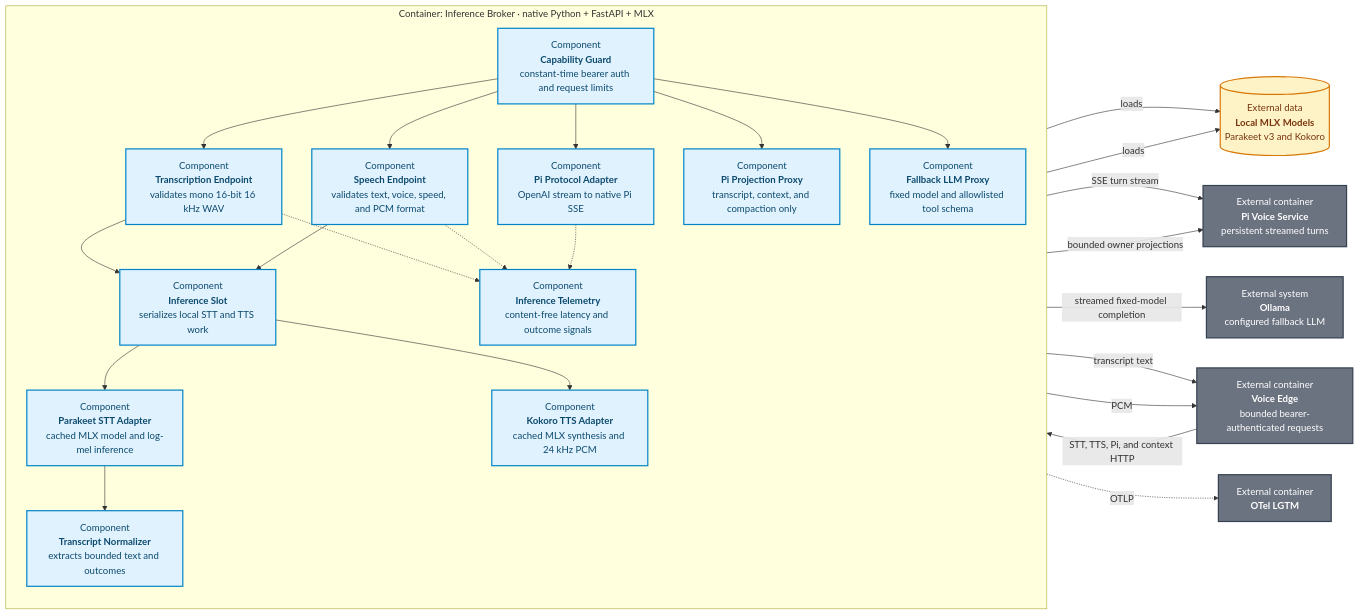
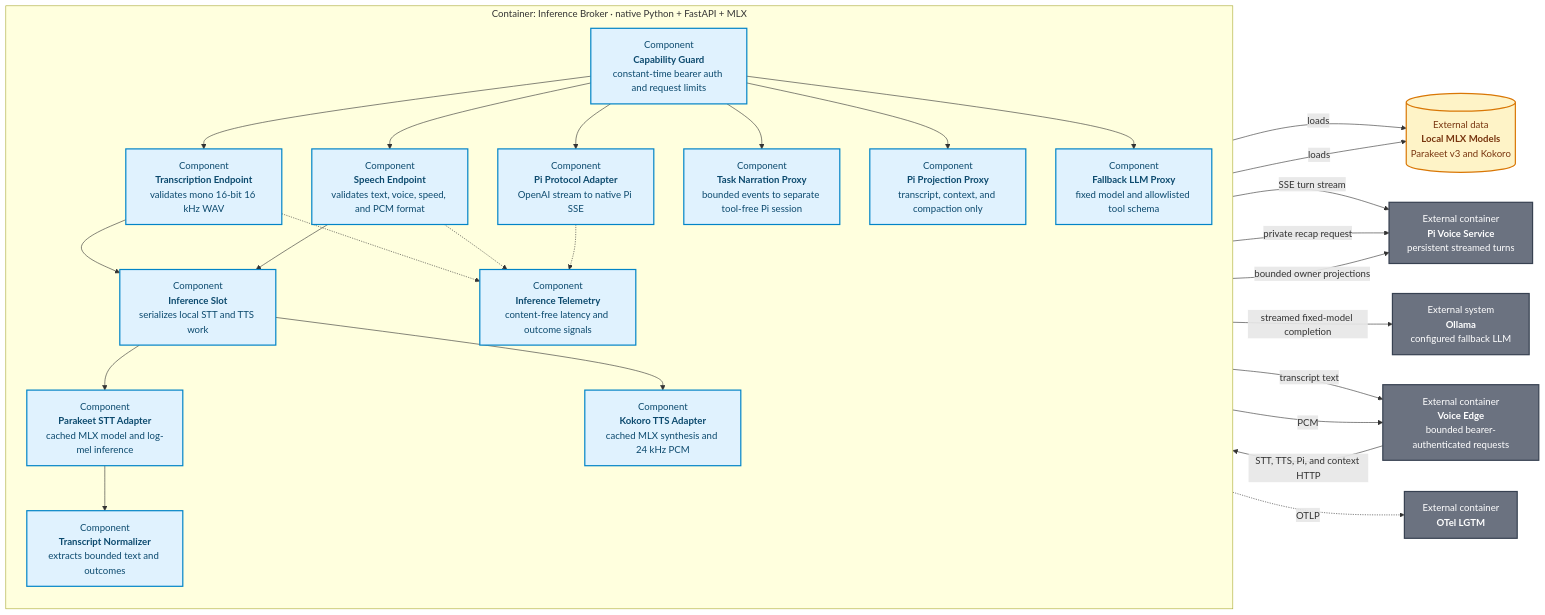
Before and after one commit to ragavsathish/agent-workload-platform: the diagram in products/voice-agent/docs/architecture/c3-inference-broker.mmd, drawn with Mermaid. The commit also changed 15 other files, not shown here.

First line of the commit message:
Narrate task progress through a separate Pi session

```diff
--- a/products/voice-agent/docs/architecture/c3-inference-broker.mmd
+++ b/products/voice-agent/docs/architecture/c3-inference-broker.mmd
@@ -1,47 +1,50 @@
 flowchart LR
     EDGE[External container<br/><b>Voice Edge</b><br/>bounded bearer-authenticated requests]
     PI[External container<br/><b>Pi Voice Service</b><br/>persistent streamed turns]
     OLLAMA[External system<br/><b>Ollama</b><br/>configured fallback LLM]
     MODELS[(External data<br/><b>Local MLX Models</b><br/>Parakeet v3 and Kokoro)]
     OTEL[External container<br/><b>OTel LGTM</b>]
 
     subgraph BROKER["Container: Inference Broker · native Python + FastAPI + MLX"]
         direction TB
         GUARD["Component<br/><b>Capability Guard</b><br/>constant-time bearer auth and request limits"]
         SLOT["Component<br/><b>Inference Slot</b><br/>serializes local STT and TTS work"]
         STT_API["Component<br/><b>Transcription Endpoint</b><br/>validates mono 16-bit 16 kHz WAV"]
         STT["Component<br/><b>Parakeet STT Adapter</b><br/>cached MLX model and log-mel inference"]
         NORMALIZE["Component<br/><b>Transcript Normalizer</b><br/>extracts bounded text and outcomes"]
         TTS_API["Component<br/><b>Speech Endpoint</b><br/>validates text, voice, speed, and PCM format"]
         TTS["Component<br/><b>Kokoro TTS Adapter</b><br/>cached MLX synthesis and 24 kHz PCM"]
         PI_ADAPTER["Component<br/><b>Pi Protocol Adapter</b><br/>OpenAI stream to native Pi SSE"]
+        NARRATION["Component<br/><b>Task Narration Proxy</b><br/>bounded events to separate tool-free Pi session"]
         CONTEXT["Component<br/><b>Pi Projection Proxy</b><br/>transcript, context, and compaction only"]
         FALLBACK["Component<br/><b>Fallback LLM Proxy</b><br/>fixed model and allowlisted tool schema"]
         TELEMETRY["Component<br/><b>Inference Telemetry</b><br/>content-free latency and outcome signals"]
 
         GUARD --> STT_API --> SLOT --> STT --> NORMALIZE
         GUARD --> TTS_API --> SLOT --> TTS
         GUARD --> PI_ADAPTER
+        GUARD --> NARRATION
         GUARD --> CONTEXT
         GUARD --> FALLBACK
         STT_API -.-> TELEMETRY
         TTS_API -.-> TELEMETRY
         PI_ADAPTER -.-> TELEMETRY
     end
 
     EDGE -->|"STT, TTS, Pi, and context HTTP"| GUARD
     STT -->|"loads"| MODELS
     TTS -->|"loads"| MODELS
     PI_ADAPTER -->|"SSE turn stream"| PI
+    NARRATION -->|"private recap request"| PI
     CONTEXT -->|"bounded owner projections"| PI
     FALLBACK -->|"streamed fixed-model completion"| OLLAMA
     NORMALIZE -->|"transcript text"| EDGE
     TTS -->|"PCM"| EDGE
     TELEMETRY -.->|"OTLP"| OTEL
 
     classDef component fill:#e0f2fe,color:#0c4a6e,stroke:#0284c7,stroke-width:2px;
     classDef external fill:#6b7280,color:#fff,stroke:#374151,stroke-width:2px;
     classDef data fill:#fef3c7,color:#78350f,stroke:#d97706,stroke-width:2px;
-    class GUARD,SLOT,STT_API,STT,NORMALIZE,TTS_API,TTS,PI_ADAPTER,CONTEXT,FALLBACK,TELEMETRY component;
+    class GUARD,SLOT,STT_API,STT,NORMALIZE,TTS_API,TTS,PI_ADAPTER,NARRATION,CONTEXT,FALLBACK,TELEMETRY component;
     class EDGE,PI,OLLAMA,OTEL external;
     class MODELS data;
```
